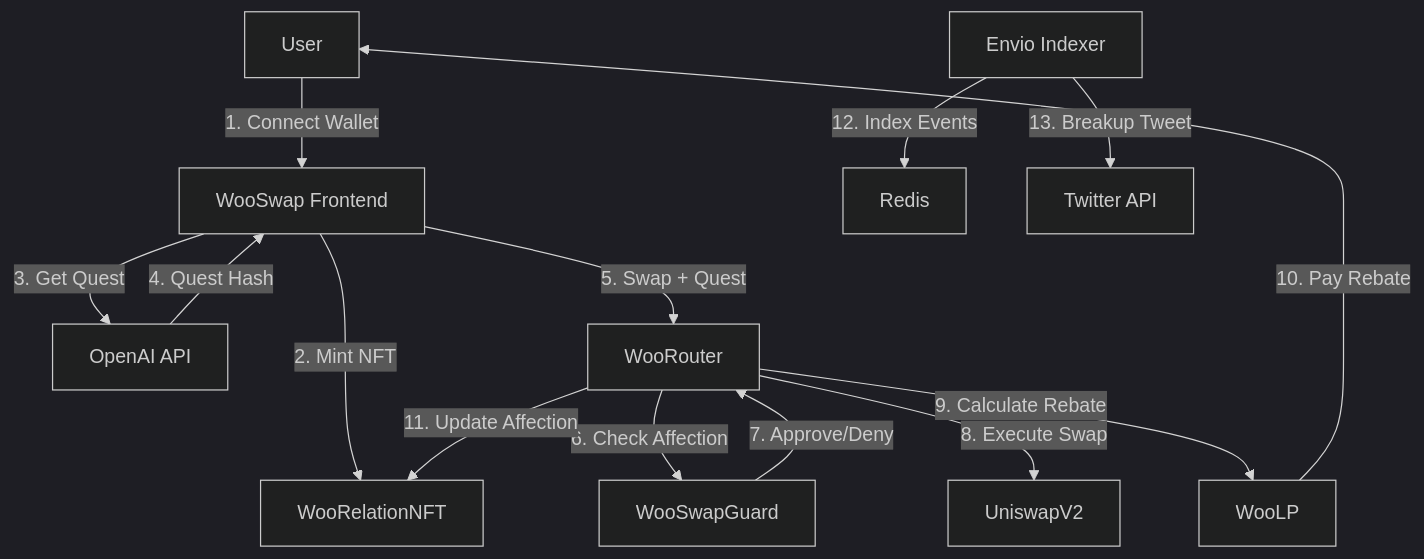
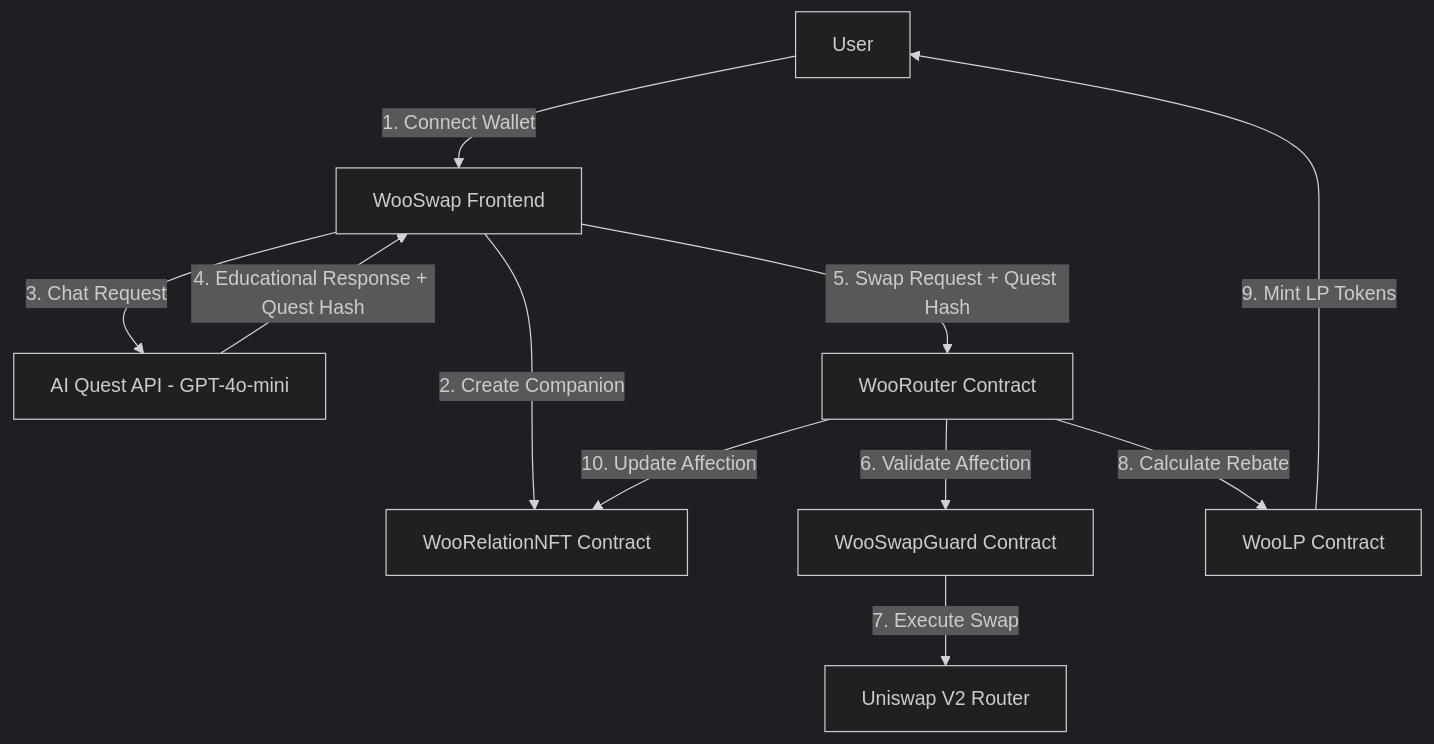
The diagram in README.md (vijaygopalbalasa/wooswap), drawn with Mermaid (dark theme) before and after one commit. The commit also changed other lines of this file and 21 other files, not shown here.

````diff
--- a/README.md
+++ b/README.md
@@ -29,16 +42,13 @@
 ```mermaid
 flowchart TD
     A[User] -->|1. Connect Wallet| B[WooSwap Frontend]
-    B -->|2. Mint NFT| C[WooRelationNFT]
-    B -->|3. Get Quest| D[OpenAI API]
-    D -->|4. Quest Hash| B
-    B -->|5. Swap + Quest| E[WooRouter]
-    E -->|6. Check Affection| F[WooSwapGuard]
-    F -->|7. Approve/Deny| E
-    E -->|8. Execute Swap| G[UniswapV2]
-    E -->|9. Calculate Rebate| H[WooLP]
-    H -->|10. Pay Rebate| A
-    E -->|11. Update Affection| C
-    I[Envio Indexer] -->|12. Index Events| J[Redis]
-    I -->|13. Breakup Tweet| K[Twitter API]
+    B -->|2. Create Companion| C[WooRelationNFT Contract]
+    B -->|3. Chat Request| D[AI Quest API - GPT-4o-mini]
+    D -->|4. Educational Response + Quest Hash| B
+    B -->|5. Swap Request + Quest Hash| E[WooRouter Contract]
+    E -->|6. Validate Affection| F[WooSwapGuard Contract]
+    F -->|7. Execute Swap| G[Uniswap V2 Router]
+    E -->|8. Calculate Rebate| H[WooLP Contract]
+    H -->|9. Mint LP Tokens| A
+    E -->|10. Update Affection| C
 ```
````
